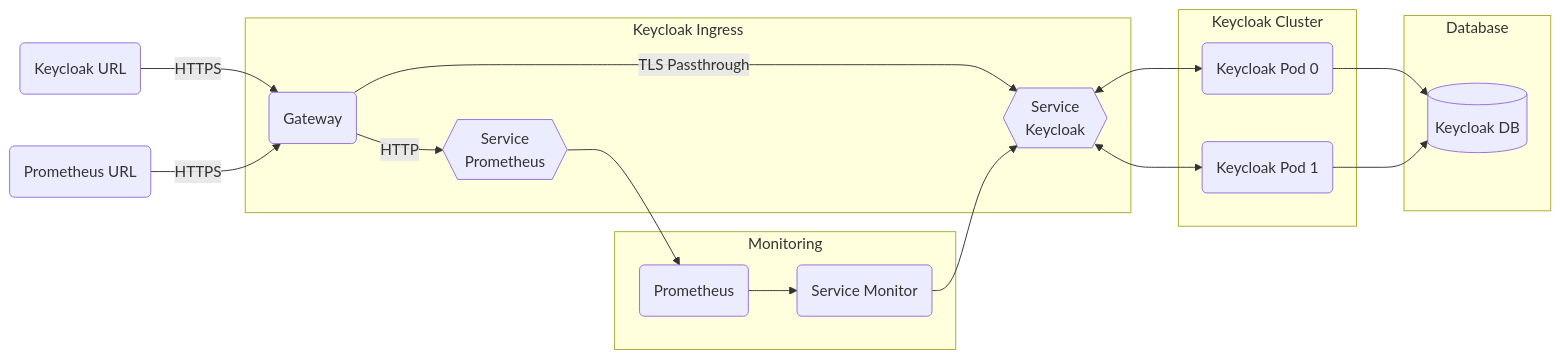
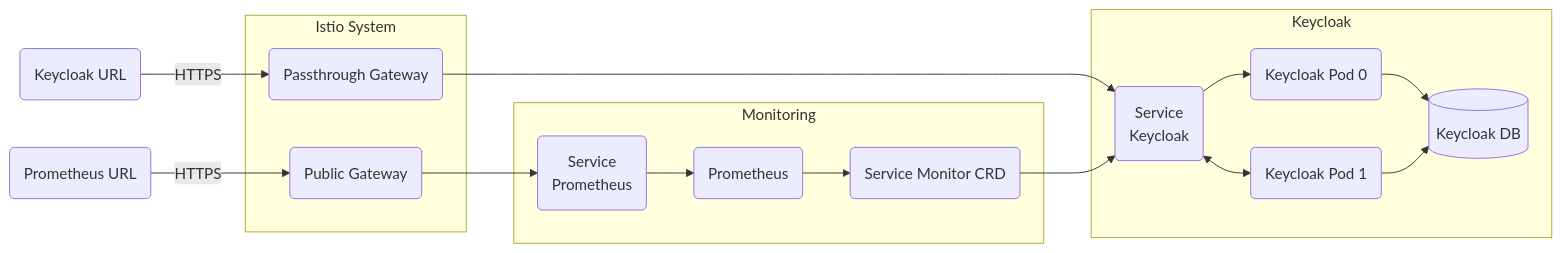
The diagram in docs/understanding-bigbang/package-architecture/keycloak.md (shebashio/bigbang), drawn with Mermaid before and after one commit.

Commit message:
update diagram

````diff
--- a/docs/understanding-bigbang/package-architecture/keycloak.md
+++ b/docs/understanding-bigbang/package-architecture/keycloak.md
@@ -9,27 +9,21 @@
 ```mermaid
 graph LR
+    urlkc(Keycloak URL) -->|HTTPS| pg
+    urlpr(Prometheus URL) -->|HTTPS| ig
 
-  urlkc(Keycloak URL) -->|HTTPS| ig
-  urlpr(Prometheus URL) -->|HTTPS| ig
+    subgraph "Istio System"
+        ig(Public Gateway)
+        pg(Passthrough Gateway)
+    end
 
-  subgraph "Keycloak Ingress"
-    ig(Gateway) -->|TLS Passthrough| servkc{{"Service<BR>Keycloak"}}
-    ig(Gateway) -->|HTTP| servpr{{"Service<BR>Prometheus"}}
-  end
+    subgraph "Monitoring"
+        ig --> servpr("Service<BR>Prometheus") --> prom
+        prom(Prometheus) --> monitor
+        monitor(Service Monitor CRD)
+    end
 
-  subgraph "Monitoring"
-    servpr --> prom(Prometheus)
-    prom(Prometheus) --> monitor
-    monitor(Service Monitor) --> servkc
-  end
-
-  subgraph "Keycloak Cluster"
-    servkc <--> pod0("Keycloak Pod 0")
-    servkc <--> pod1("Keycloak Pod 1")
-  end
-
-  subgraph "Database"
-    pod0 --> db[(Keycloak DB)]
-    pod1 --> db[(Keycloak DB)]
-  end
+    subgraph "Keycloak"
+        pg --> servkc("Service<BR>Keycloak") --> pod0("Keycloak Pod 0") --> db[(Keycloak DB)]
+        monitor --> servkc <--> pod1("Keycloak Pod 1") --> db[(Keycloak DB)]
+    end
 ```
````
